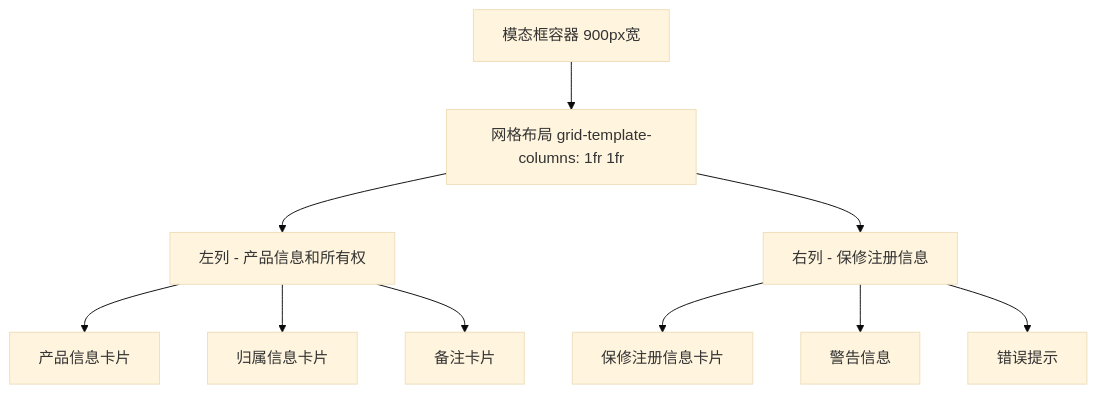
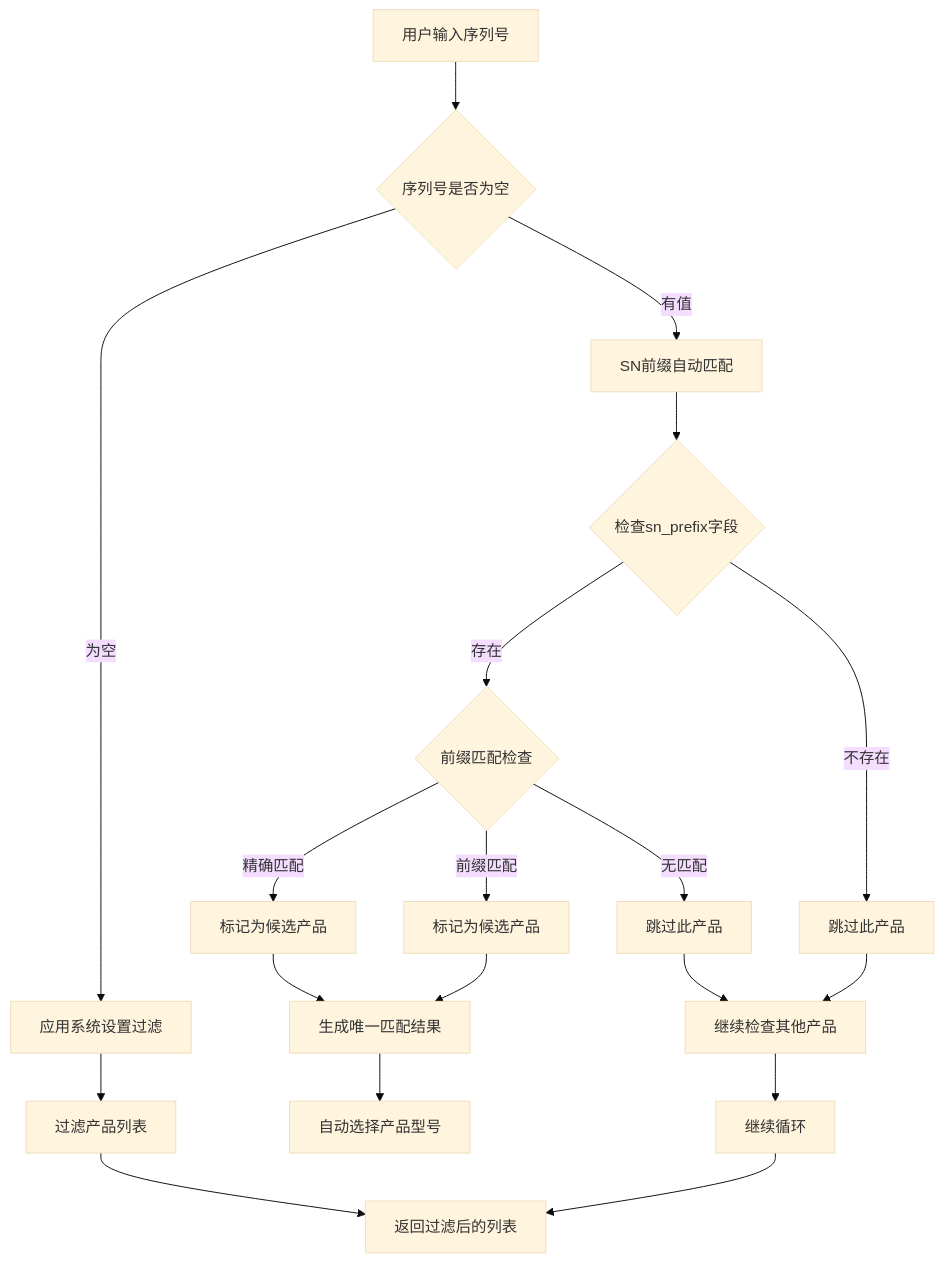
The eighth of 21 diagrams in .qoder/repowiki/zh/content/前端组件架构/保修注册模态框组件.md (CubeEdge/Longhorn), drawn with Mermaid (base theme) before and after one commit. The commit also changed other lines of this file and 53 other files, not shown here.

````diff
--- a/.qoder/repowiki/zh/content/前端组件架构/保修注册模态框组件.md
+++ b/.qoder/repowiki/zh/content/前端组件架构/保修注册模态框组件.md
@@ -293,12 +367,21 @@
 ```mermaid
-graph TB
-A[模态框容器 900px宽] --> B[网格布局 grid-template-columns: 1fr 1fr]
-B --> C[左列 - 产品信息和所有权]
-B --> D[右列 - 保修注册信息]
-C --> E[产品信息卡片]
-C --> F[归属信息卡片]
-C --> G[备注卡片]
-D --> H[保修注册信息卡片]
-D --> I[警告信息]
-D --> J[错误提示]
+graph TD
+A[用户输入序列号] --> B{序列号是否为空}
+B --> |为空| C[应用系统设置过滤]
+B --> |有值| D[SN前缀自动匹配]
+C --> E[过滤产品列表]
+D --> F{检查sn_prefix字段}
+F --> |不存在| G[跳过此产品]
+F --> |存在| H{前缀匹配检查}
+H --> |精确匹配| I[标记为候选产品]
+H --> |前缀匹配| J[标记为候选产品]
+H --> |无匹配| K[跳过此产品]
+I --> L[生成唯一匹配结果]
+J --> L
+K --> M[继续检查其他产品]
+G --> M
+E --> N[返回过滤后的列表]
+L --> O[自动选择产品型号]
+M --> P[继续循环]
+P --> N
 ```
````
